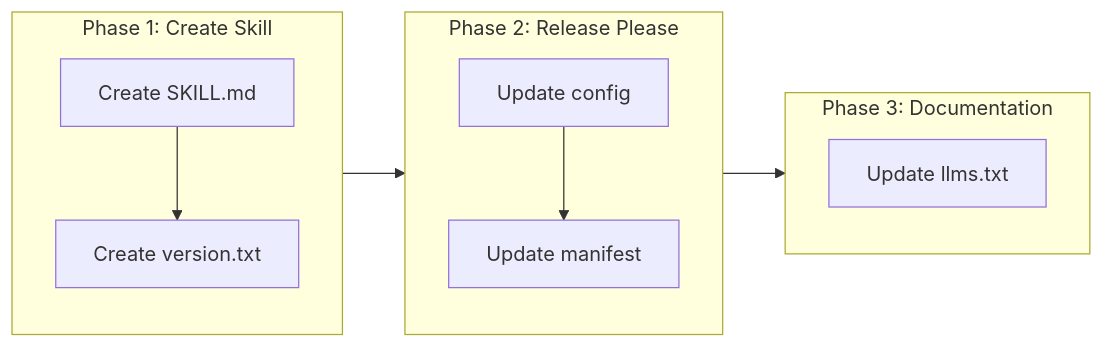
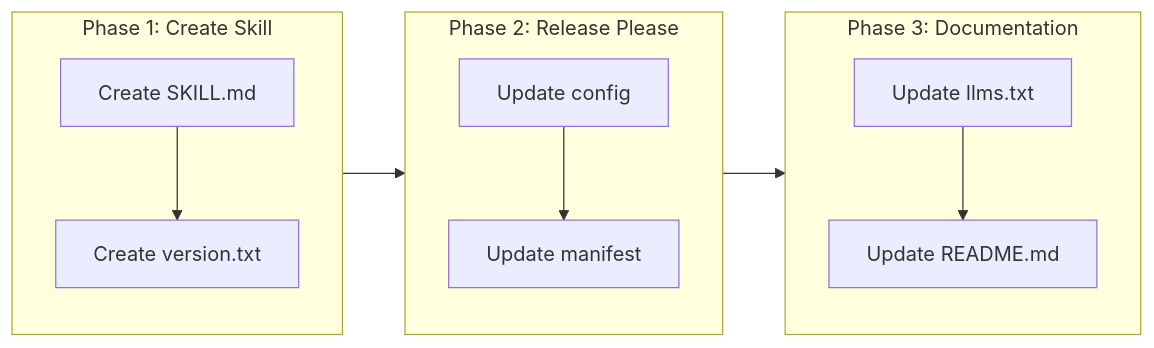
One commit to desek/governance changed the third of 3 diagrams in docs/cr/CR-0012-checkpoint-read-slash-command.md. Above: the diagram before and after it, drawn with Mermaid. The commit also changed other lines of this file and 8 other files, not shown here.

````diff
--- a/docs/cr/CR-0012-checkpoint-read-slash-command.md
+++ b/docs/cr/CR-0012-checkpoint-read-slash-command.md
@@ -181,13 +184,13 @@
 ```mermaid
 flowchart LR
     subgraph Phase1["Phase 1: Create Skill"]
         A1["Create SKILL.md"] --> A2["Create version.txt"]
     end
     subgraph Phase2["Phase 2: Release Please"]
         B1["Update config"] --> B2["Update manifest"]
     end
     subgraph Phase3["Phase 3: Documentation"]
-        C1["Update llms.txt"]
+        C1["Update llms.txt"] --> C2["Update README.md"]
     end
     Phase1 --> Phase2 --> Phase3
 ```
````
